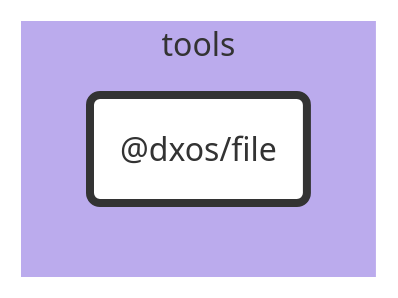
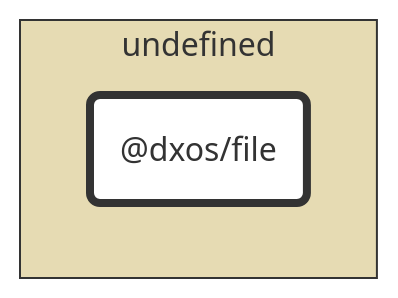
Before and after one commit to dxos/dxos: the diagram in tools/file/docs/README.md, drawn with Mermaid. The commit also changed 89 other files, not shown here.

````diff
--- a/tools/file/docs/README.md
+++ b/tools/file/docs/README.md
@@ -7,20 +7,20 @@
 ```mermaid
 %%{ init: {'flowchart':{'curve':'basis'}} }%%
 
 flowchart LR
 
 %% Classes
 classDef def fill:#fff,stroke:#333,stroke-width:1px
 classDef root fill:#fff,stroke:#333,stroke-width:4px
 
 %% Nodes
 
-subgraph tools [tools]
-  style tools fill:#bbabed,stroke:#fff
+subgraph undefined [undefined]
+  style undefined fill:#e6dbb3,stroke:#333
   dxos/file("@dxos/file"):::root
   click dxos/file "dxos/dxos/tree/main/tools/file/docs"
 end
 
 %% Links
 linkStyle default stroke:#333,stroke-width:1px
 ```
````
